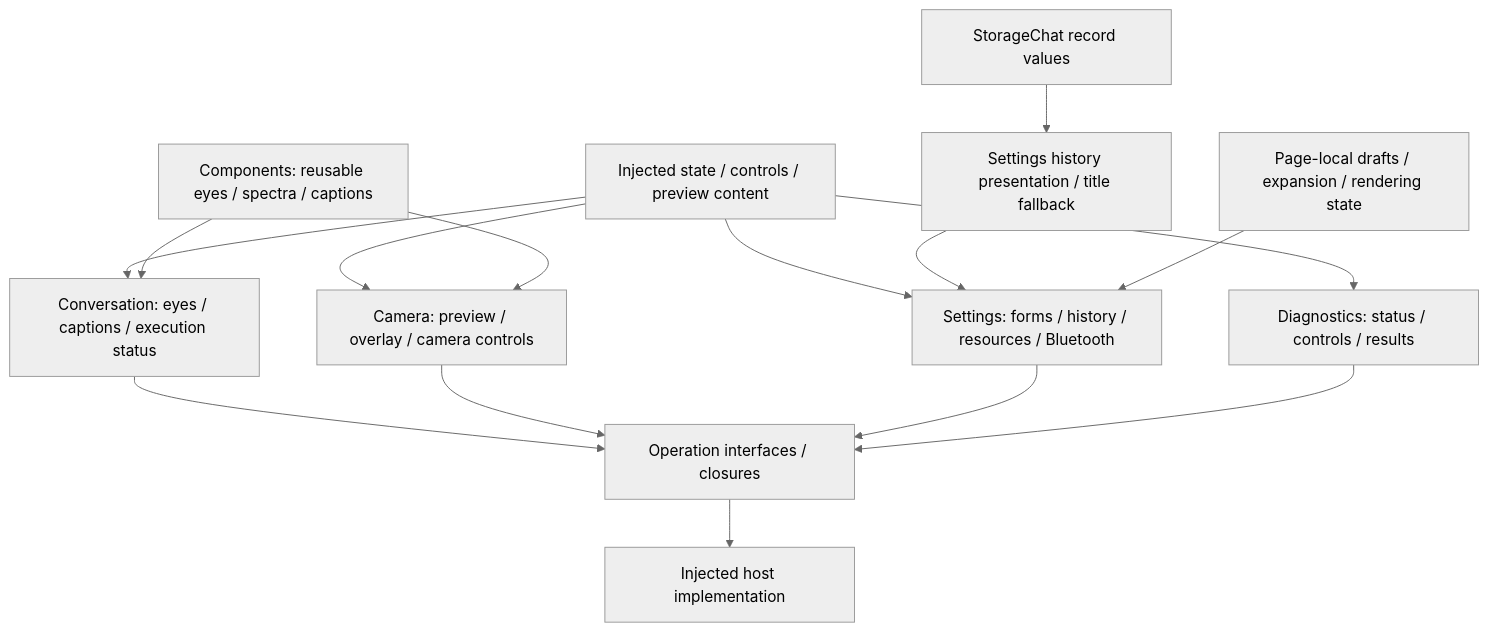
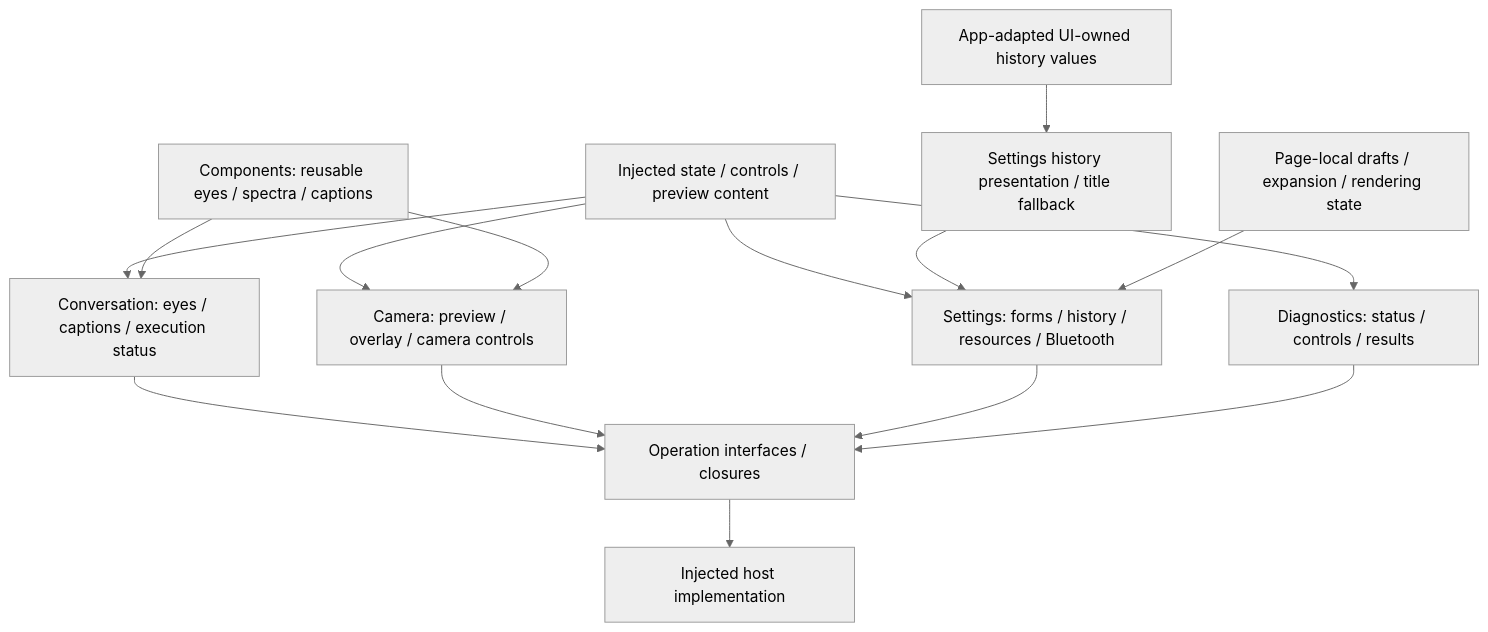
One commit to devilyouwei/MobileHarness changed the second of 2 diagrams in MobileHarness/UI/README.md. Above: the diagram before and after it, drawn with Mermaid (neutral theme). The commit also changed other lines of this file and 201 other files, not shown here.

````diff
--- a/MobileHarness/UI/README.md
+++ b/MobileHarness/UI/README.md
@@ -33,17 +33,17 @@
 ```mermaid
 flowchart TB
     Inject[Injected state / controls / preview content] --> Conversation[Conversation: eyes / captions / execution status]
     Inject --> Camera[Camera: preview / overlay / camera controls]
     Inject --> Settings[Settings: forms / history / resources / Bluetooth]
     Inject --> Diagnostics[Diagnostics: status / controls / results]
     Components[Components: reusable eyes / spectra / captions] --> Conversation
     Components --> Camera
-    Records[StorageChat record values] --> History[Settings history presentation / title fallback]
+    Records[App-adapted UI-owned history values] --> History[Settings history presentation / title fallback]
     History --> Settings
     Conversation --> Intent[Operation interfaces / closures]
     Camera --> Intent
     Settings --> Intent
     Diagnostics --> Intent
     Draft[Page-local drafts / expansion / rendering state] --> Settings
     Intent --> Host[Injected host implementation]
 ```
````
